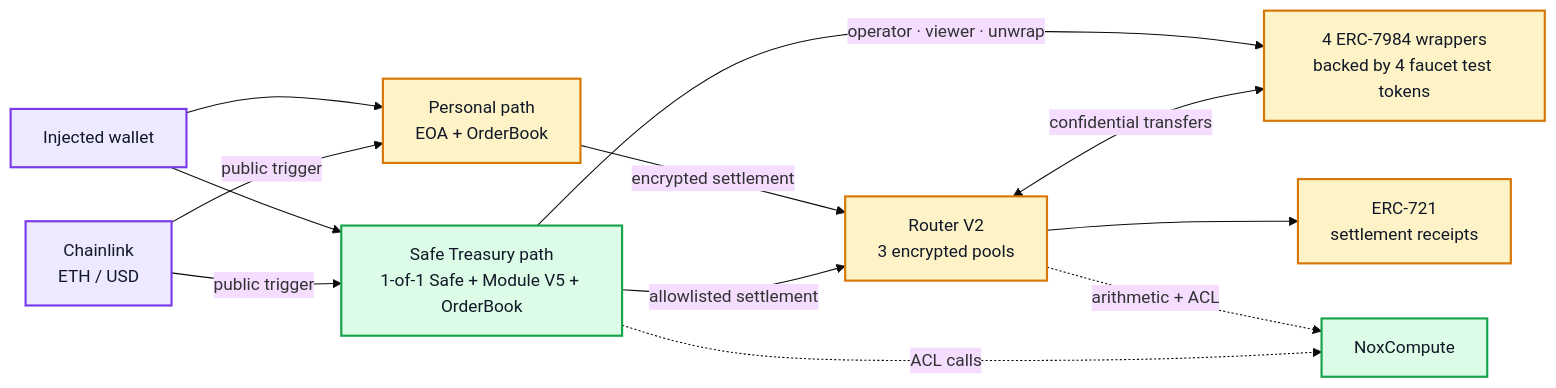
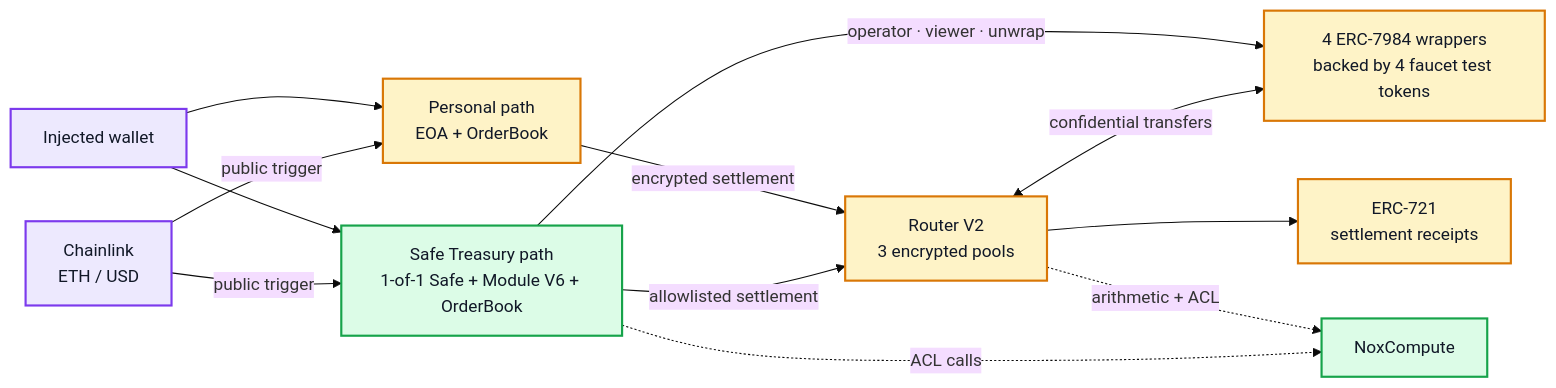
One commit to minhleeee123/iExec-WTF-Hackathon-Summer-Edition changed the second of 2 diagrams in README.md. Above: the diagram before and after it, drawn with Mermaid (base theme). The commit also changed other lines of this file and 3 other files, not shown here.

````diff
--- a/README.md
+++ b/README.md
@@ -116,25 +117,25 @@
 ```mermaid
 flowchart LR
     Wallet["Injected wallet"] --> Personal["Personal path<br/>EOA + OrderBook"]
-    Wallet --> Safe["Safe Treasury path<br/>1-of-1 Safe + Module V5 + OrderBook"]
+    Wallet --> Safe["Safe Treasury path<br/>1-of-1 Safe + Module V6 + OrderBook"]
 
     Oracle["Chainlink<br/>ETH / USD"] -->|public trigger| Personal
     Oracle -->|public trigger| Safe
 
     Personal -->|encrypted settlement| Router["Router V2<br/>3 encrypted pools"]
     Safe -->|allowlisted settlement| Router
     Safe -->|operator · viewer · unwrap| Assets["4 ERC-7984 wrappers<br/>backed by 4 faucet test tokens"]
     Router <-->|confidential transfers| Assets
     Router --> Receipts["ERC-721<br/>settlement receipts"]
 
     Router -.->|arithmetic + ACL| Compute["NoxCompute"]
     Safe -.->|ACL calls| Compute
 
     classDef entry fill:#ede9fe,stroke:#7c3aed,color:#111827,stroke-width:2px;
     classDef protocol fill:#fef3c7,stroke:#d97706,color:#111827,stroke-width:2px;
     classDef secure fill:#dcfce7,stroke:#16a34a,color:#111827,stroke-width:2px;
 
     class Wallet,Oracle entry;
     class Personal,Router,Assets,Receipts protocol;
     class Safe,Compute secure;
 ```
````
